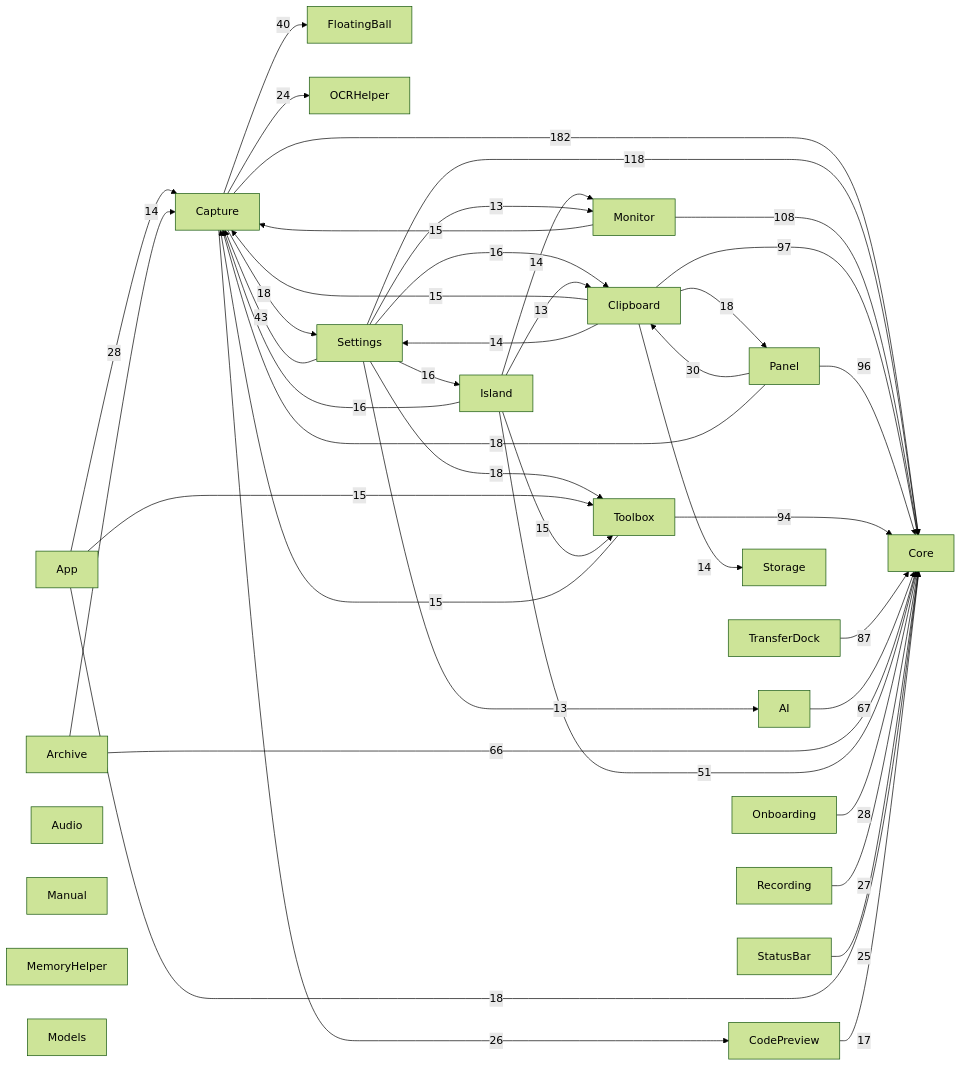
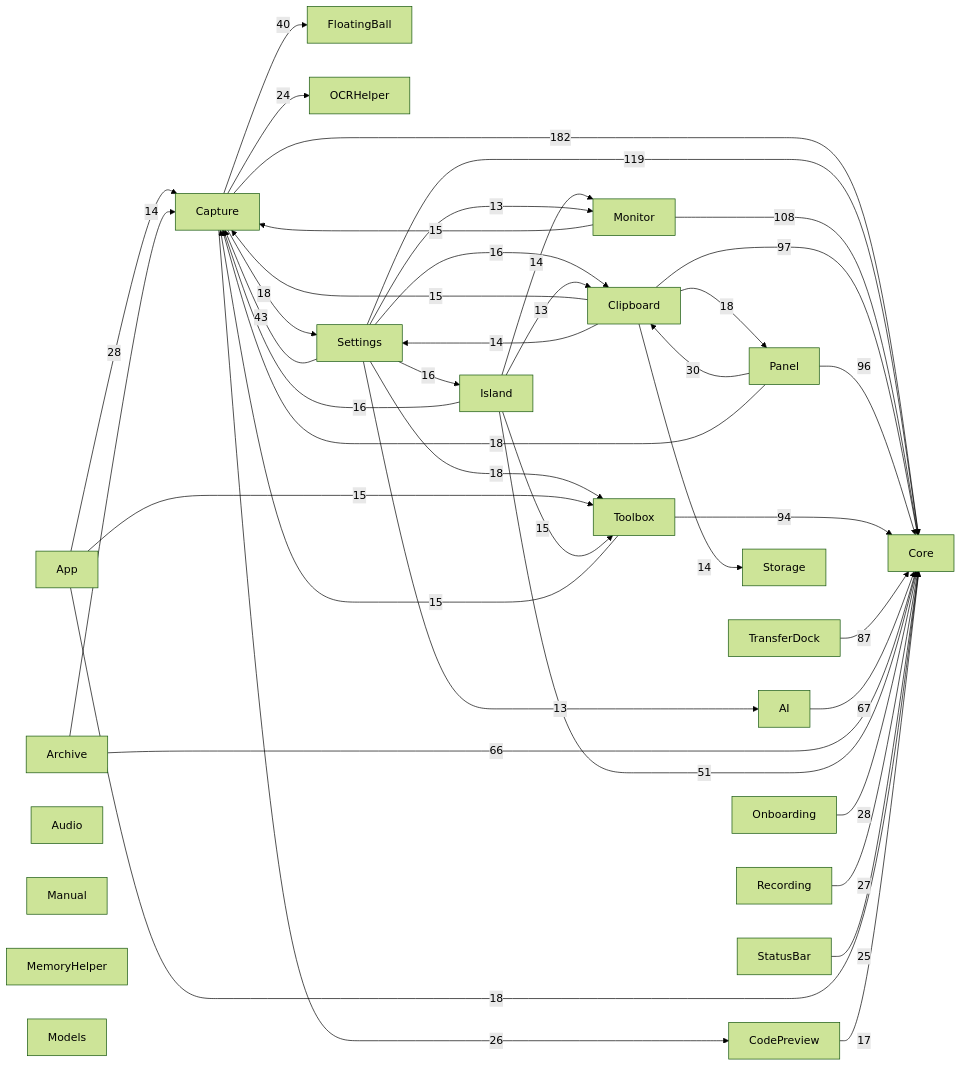
Before and after one commit to sxyq/Kitnest: the diagram in docs/00-总览/模块依赖图.md, drawn with Mermaid (forest theme). The commit also changed other lines of this file and 12 other files, not shown here.

````diff
--- a/docs/00-总览/模块依赖图.md
+++ b/docs/00-总览/模块依赖图.md
@@ -37,66 +37,66 @@
 ```mermaid
 flowchart LR
   M0["AI"]
   M1["App"]
   M2["Archive"]
   M3["Audio"]
   M4["Capture"]
   M5["Clipboard"]
   M6["CodePreview"]
   M7["Core"]
   M8["FloatingBall"]
   M9["Island"]
   M10["Manual"]
   M11["MemoryHelper"]
   M12["Models"]
   M13["Monitor"]
   M14["OCRHelper"]
   M15["Onboarding"]
   M16["Panel"]
   M17["Recording"]
   M18["Settings"]
   M19["StatusBar"]
   M20["Storage"]
   M21["Toolbox"]
   M22["TransferDock"]
   M4 -->|182| M7
-  M18 -->|118| M7
+  M18 -->|119| M7
   M13 -->|108| M7
   M5 -->|97| M7
   M16 -->|96| M7
   M21 -->|94| M7
   M22 -->|87| M7
   M0 -->|67| M7
   M2 -->|66| M7
   M9 -->|51| M7
   M18 -->|43| M4
   M4 -->|40| M8
   M16 -->|30| M5
   M1 -->|28| M4
   M15 -->|28| M7
   M17 -->|27| M7
   M4 -->|26| M6
   M19 -->|25| M7
   M4 -->|24| M14
   M1 -->|18| M7
   M18 -->|18| M21
   M4 -->|18| M18
   M16 -->|18| M4
   M5 -->|18| M16
   M6 -->|17| M7
   M18 -->|16| M5
   M18 -->|16| M9
   M9 -->|16| M4
   M1 -->|15| M21
   M13 -->|15| M4
   M21 -->|15| M4
   M9 -->|15| M21
   M5 -->|15| M4
   M2 -->|14| M4
   M9 -->|14| M13
   M5 -->|14| M18
   M5 -->|14| M20
+  M18 -->|13| M0
   M18 -->|13| M13
-  M18 -->|13| M0
   M9 -->|13| M5
 ```
````
